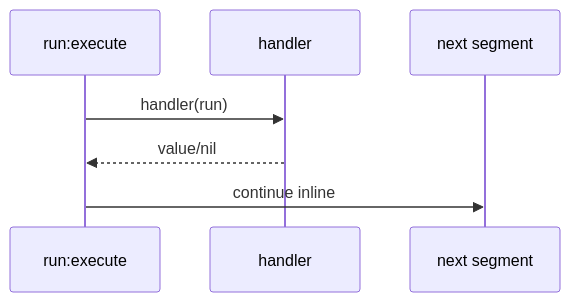
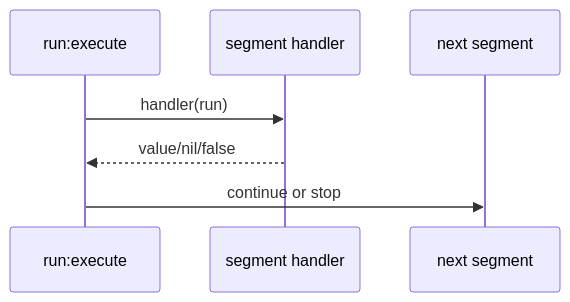
One commit to rektide/pipe-line-lua changed the first of 2 diagrams in doc/discovery/async5.md. Above: the diagram before and after it, drawn with Mermaid. The commit also changed other lines of this file, not shown here.

Commit message:
refine async5 around segment-owned aspects

````diff
--- a/doc/discovery/async5.md
+++ b/doc/discovery/async5.md
@@ -500,10 +500,10 @@
 ```mermaid
 sequenceDiagram
     participant run as run:execute
-    participant seg as handler
+    participant seg as segment handler
     participant next as next segment
 
     run->>seg: handler(run)
-    seg-->>run: value/nil
-    run->>next: continue inline
+    seg-->>run: value/nil/false
+    run->>next: continue or stop
 ```
````
